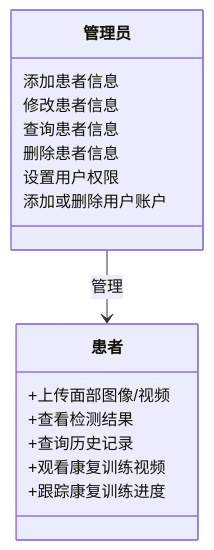
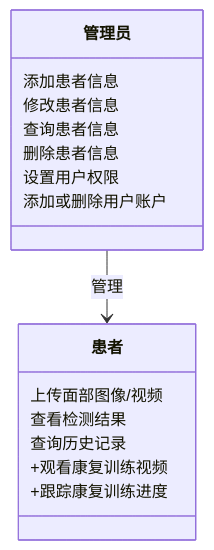
Before and after one commit to Villode/iodraw-files: the diagram in all/未命名.md, drawn with Mermaid.

Commit message:
2024-10-29 23:11:39 update

````diff
--- a/all/未命名.md
+++ b/all/未命名.md
@@ -1,21 +1,21 @@
 ```mermaid
 classDiagram  
     class 管理员 {  
         添加患者信息  
         修改患者信息  
         查询患者信息  
         删除患者信息  
         设置用户权限  
         添加或删除用户账户  
     }  
   
     class 患者 {  
-        +上传面部图像/视频  
-        +查看检测结果  
-        +查询历史记录  
+        上传面部图像/视频  
+        查看检测结果  
+        查询历史记录  
         +观看康复训练视频  
         +跟踪康复训练进度  
     }  
   
     管理员 --> 患者 : 管理
 ```
````
